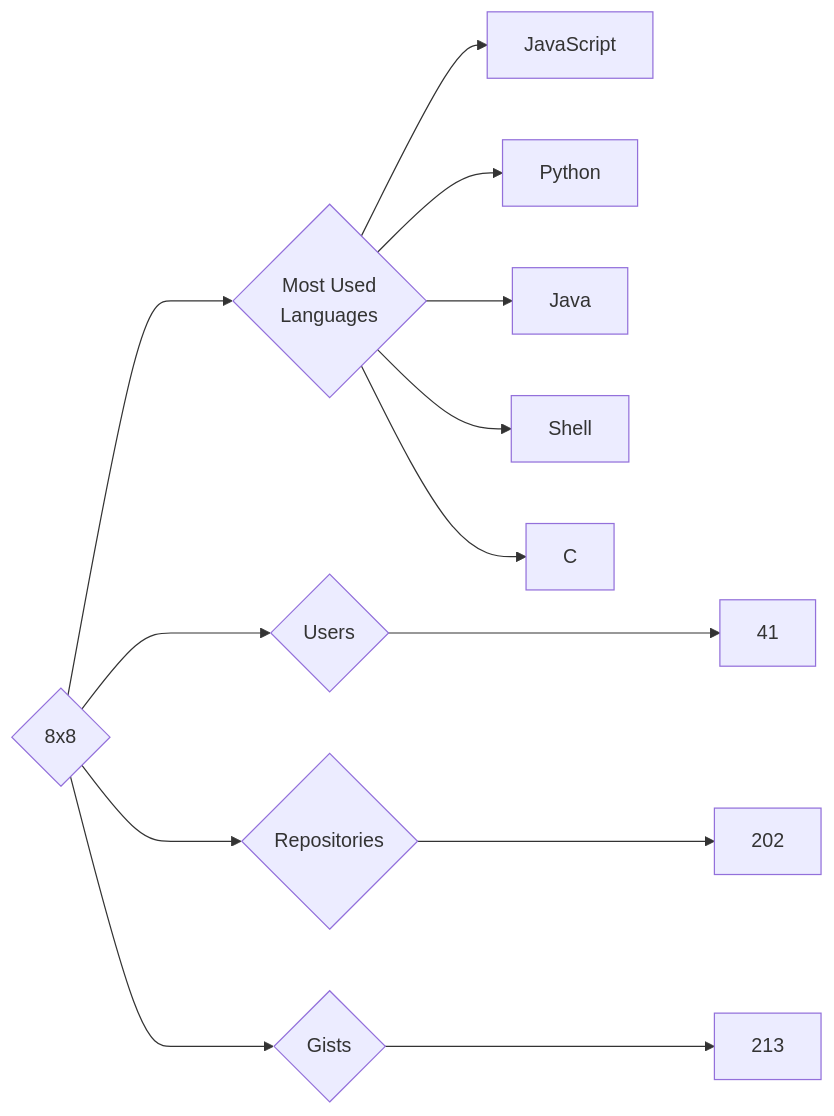
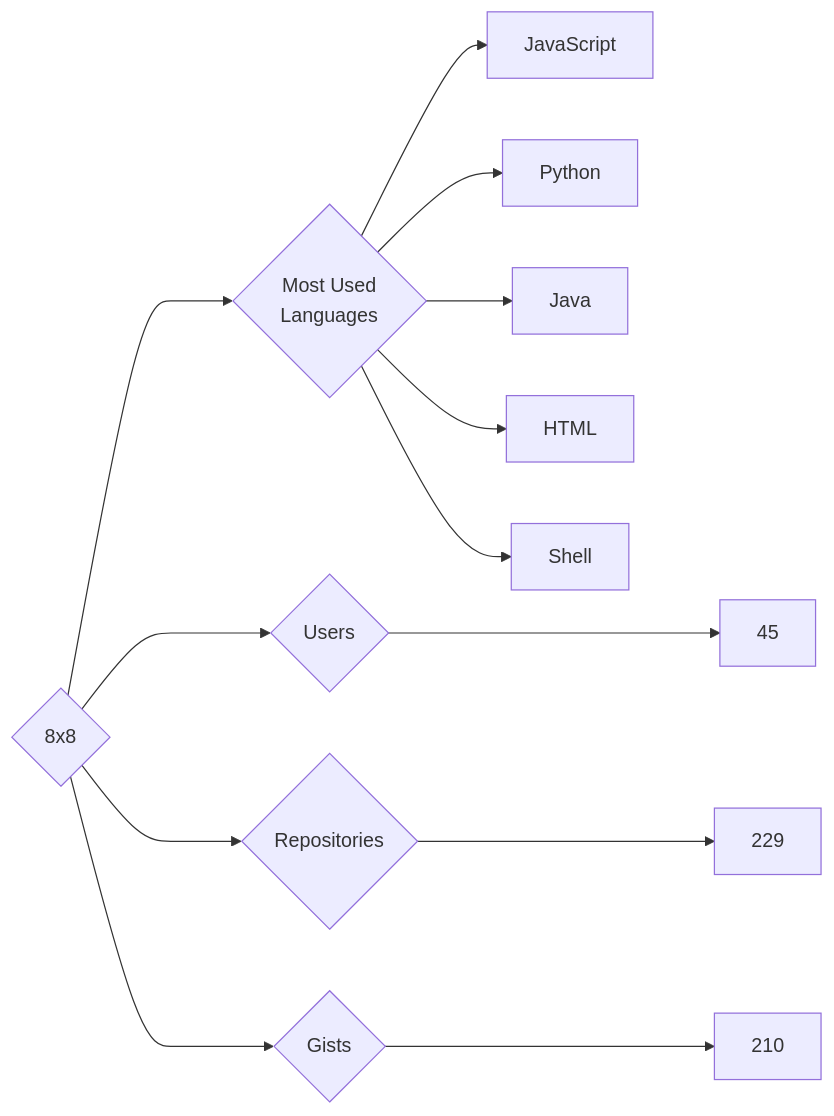
The diagram in targets/8x8/README.md (trickest/insiders), drawn with Mermaid before and after one commit. The commit also changed 610 other files, not shown here.

````diff
--- a/targets/8x8/README.md
+++ b/targets/8x8/README.md
@@ -3,13 +3,13 @@
 ```mermaid
 graph LR
 COMPANY_NAME{8x8}
-COMPANY_NAME ---> U{Users} ---> UN[41]
-COMPANY_NAME ---> R{Repositories} ---> RN[202]
-COMPANY_NAME ---> G{Gists} ---> GN[213]
+COMPANY_NAME ---> U{Users} ---> UN[45]
+COMPANY_NAME ---> R{Repositories} ---> RN[229]
+COMPANY_NAME ---> G{Gists} ---> GN[210]
 COMPANY_NAME ---> ML{Most Used<br>Languages}
 ML --> JavaScript[JavaScript]
 ML --> Python[Python]
 ML --> Java[Java]
+ML --> HTML[HTML]
 ML --> Shell[Shell]
-ML --> C[C]
 ```
````
